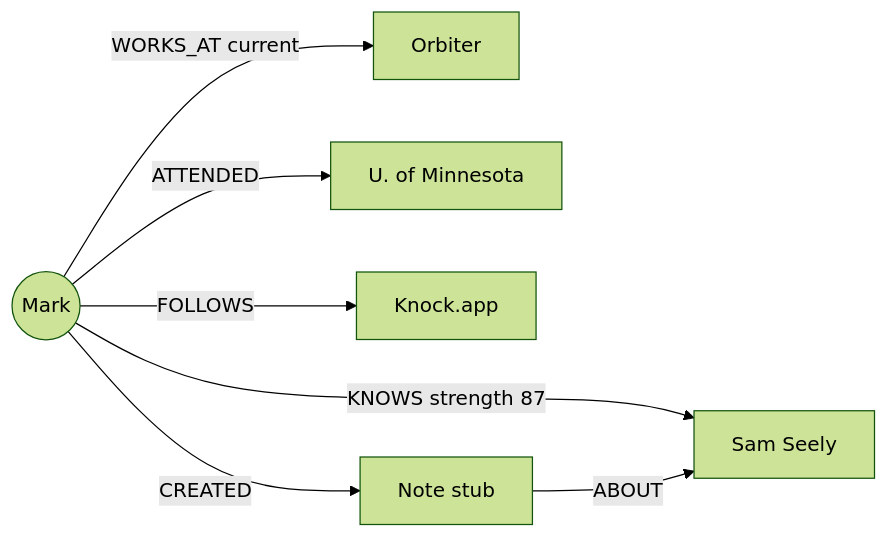
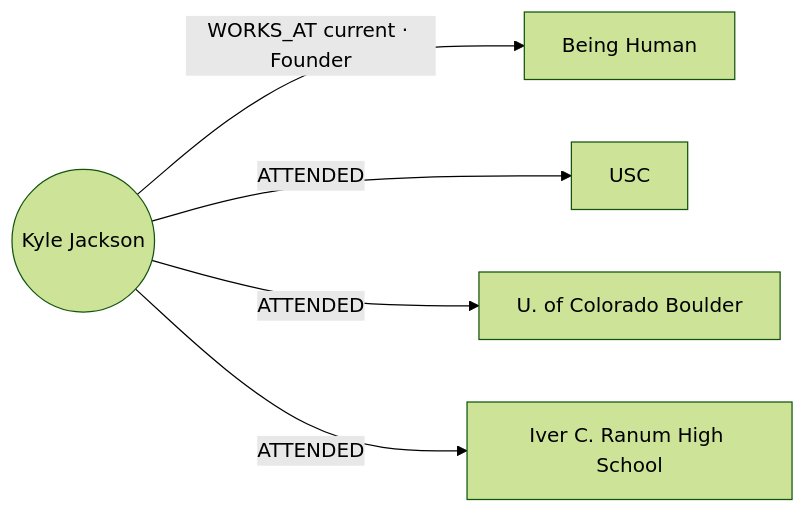
The diagram in guides/open-work/edge-sync.mdx (M-Pederson/docs), drawn with Mermaid (forest theme) before and after one commit. The commit also changed other lines of this file, not shown here.

First line of the commit message:
Use Kyle Jackson (QA smoke-test person) as the signup example

````diff
--- a/guides/open-work/edge-sync.mdx
+++ b/guides/open-work/edge-sync.mdx
@@ -77,9 +81,7 @@
 ```mermaid
 graph LR
-    M((Mark)) -->|WORKS_AT current| O[Orbiter]
-    M -->|ATTENDED| U[U. of Minnesota]
-    M -->|KNOWS strength 87| S[Sam Seely]
-    M -->|FOLLOWS| K[Knock.app]
-    M -->|CREATED| N1[Note stub]
-    N1 -->|ABOUT| S
+    K((Kyle Jackson)) -->|WORKS_AT current · Founder| BH[Being Human]
+    K -->|ATTENDED| USC[USC]
+    K -->|ATTENDED| CU[U. of Colorado Boulder]
+    K -->|ATTENDED| HS[Iver C. Ranum High School]
 ```
````
